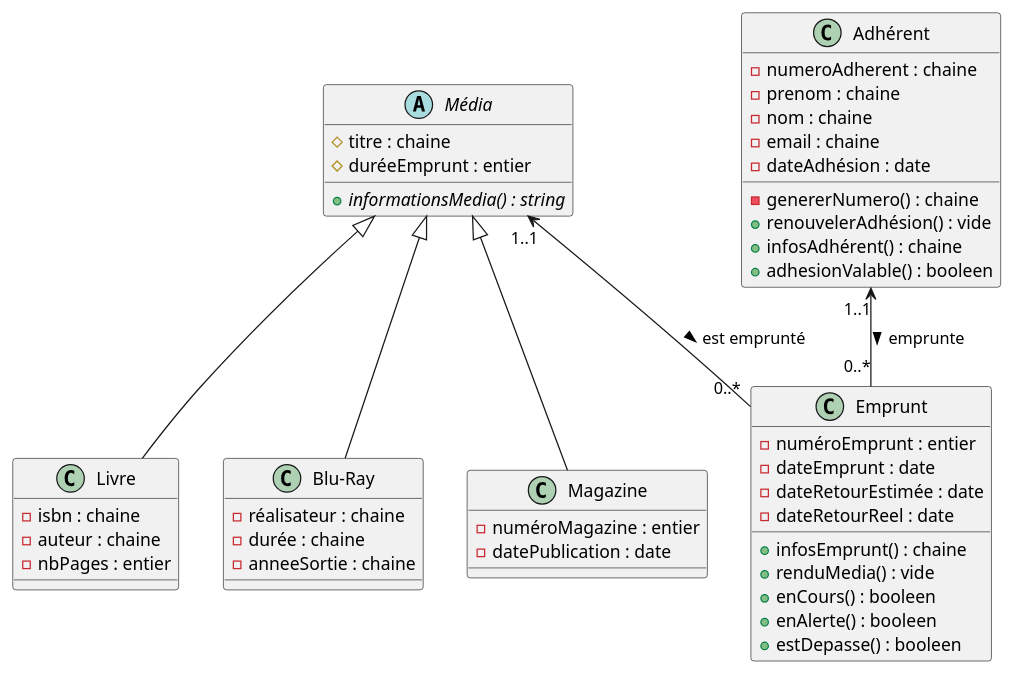
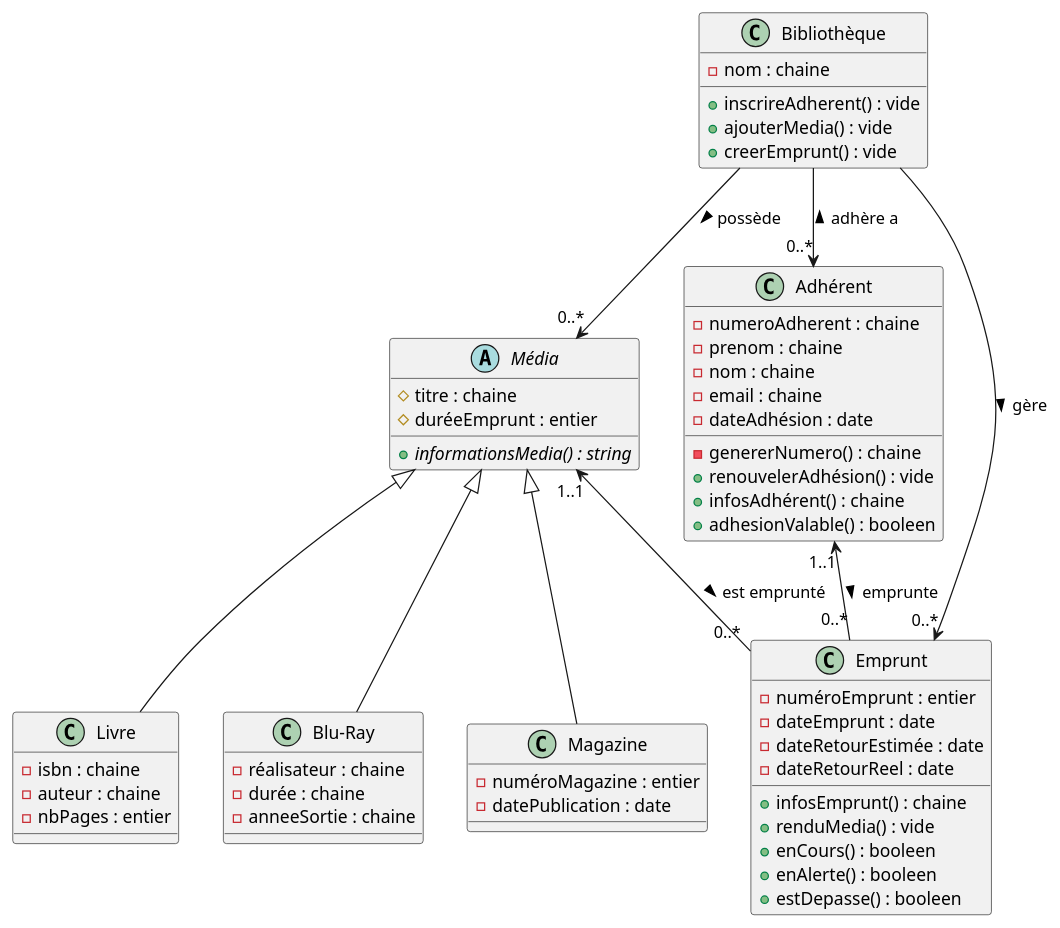
Before and after one commit to thogio8/php-bibliotheque: the diagram in documentation/diagrammeDeClasse.puml, drawn with PlantUML. The commit also changed 5 other files, not shown here.

Commit message:
Diagramme de classe + PHPUnit Adherent

```diff
--- a/documentation/diagrammeDeClasse.puml
+++ b/documentation/diagrammeDeClasse.puml
@@ -1,57 +1,67 @@
 @startuml
 
 abstract class "Média" as M{
     # titre : chaine
     # duréeEmprunt : entier
     + {abstract} informationsMedia() : string
 }
 
 class "Livre" as L{
     - isbn : chaine
     - auteur : chaine
     - nbPages : entier
 }
 
 class "Blu-Ray" as BR{
     - réalisateur : chaine
     - durée : chaine
     - anneeSortie : chaine
 }
 
 class "Magazine" as Ma{
     - numéroMagazine : entier
     - datePublication : date
 }
 
 class "Adhérent" as A{
     - numeroAdherent : chaine
     - prenom : chaine
     - nom : chaine
     - email : chaine
     - dateAdhésion : date
     - genererNumero() : chaine
     + renouvelerAdhésion() : vide
     + infosAdhérent() : chaine
     + adhesionValable() : booleen
 }
 
 class "Emprunt" as E{
     - numéroEmprunt : entier
     - dateEmprunt : date
     - dateRetourEstimée : date
     - dateRetourReel : date
     + infosEmprunt() : chaine
     + renduMedia() : vide
     + enCours() : booleen
     + enAlerte() : booleen
     + estDepasse() : booleen
 }
 
+class "Bibliothèque" as B{
+    - nom : chaine
+    + inscrireAdherent() : vide
+    + ajouterMedia() : vide
+    + creerEmprunt() : vide
+}
+
 M <|-- L
 M <|-- BR
 M <|-- Ma
 M "1..1" <-- "              0..*"E : est emprunté >
 A "1..1" <-- "0..*"E : emprunte >
+B --> "0..*"M : possède >
+B --> "0..*"E : gère >
+B --> "0..*"A : adhère a <
 
 
 @enduml
```
